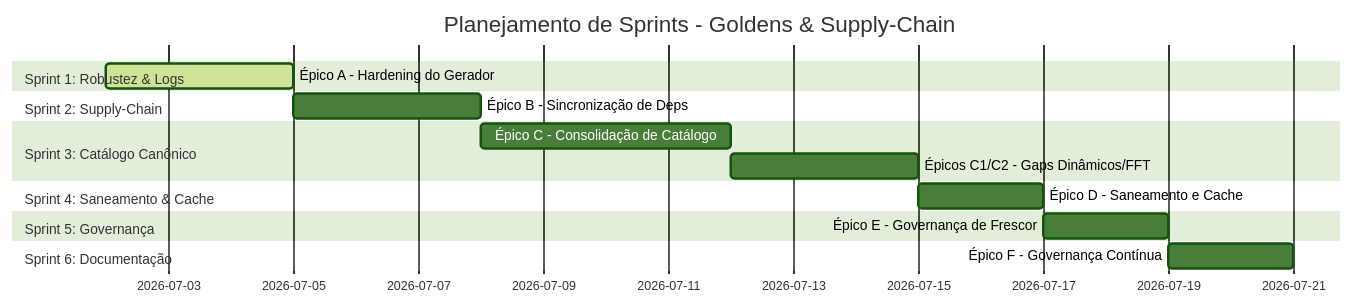
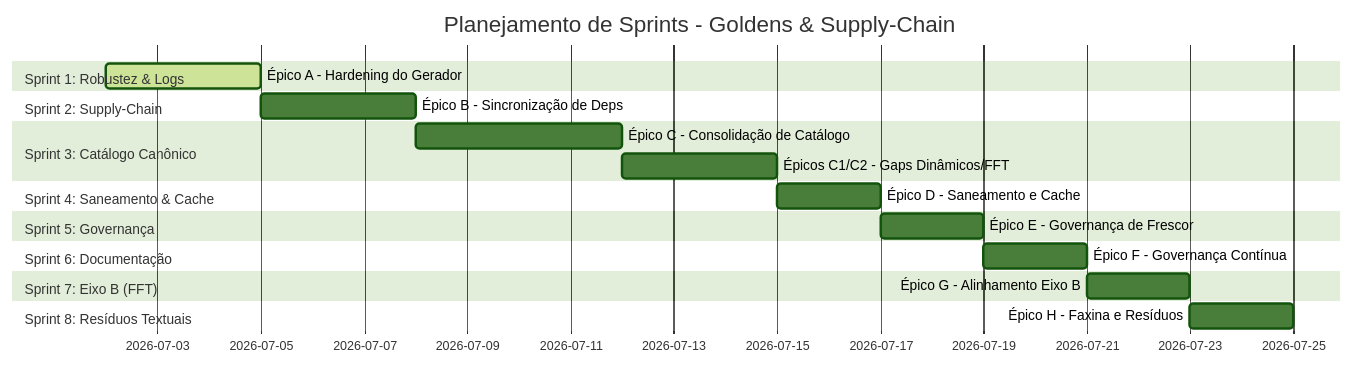
The diagram in TODO-sprints.md (fabiohl/nam-rs), drawn with Mermaid (forest theme) before and after one commit. The commit also changed other lines of this file and 3 other files, not shown here.

````diff
--- a/TODO-sprints.md
+++ b/TODO-sprints.md
@@ -16,18 +16,22 @@
 ```mermaid
 gantt
     title Planejamento de Sprints - Goldens & Supply-Chain
     dateFormat  YYYY-MM-DD
     section Sprint 1: Robustez & Logs
     Épico A - Hardening do Gerador   :active, 2026-07-02, 3d
     section Sprint 2: Supply-Chain
     Épico B - Sincronização de Deps : 2026-07-05, 3d
     section Sprint 3: Catálogo Canônico
     Épico C - Consolidação de Catálogo: 2026-07-08, 4d
     Épicos C1/C2 - Gaps Dinâmicos/FFT : 2026-07-12, 3d
     section Sprint 4: Saneamento & Cache
     Épico D - Saneamento e Cache     : 2026-07-15, 2d
     section Sprint 5: Governança
     Épico E - Governança de Frescor  : 2026-07-17, 2d
     section Sprint 6: Documentação
     Épico F - Governança Contínua    : 2026-07-19, 2d
+    section Sprint 7: Eixo B (FFT)
+    Épico G - Alinhamento Eixo B     : 2026-07-21, 2d
+    section Sprint 8: Resíduos Textuais
+    Épico H - Faxina e Resíduos      : 2026-07-23, 2d
 ```
````
